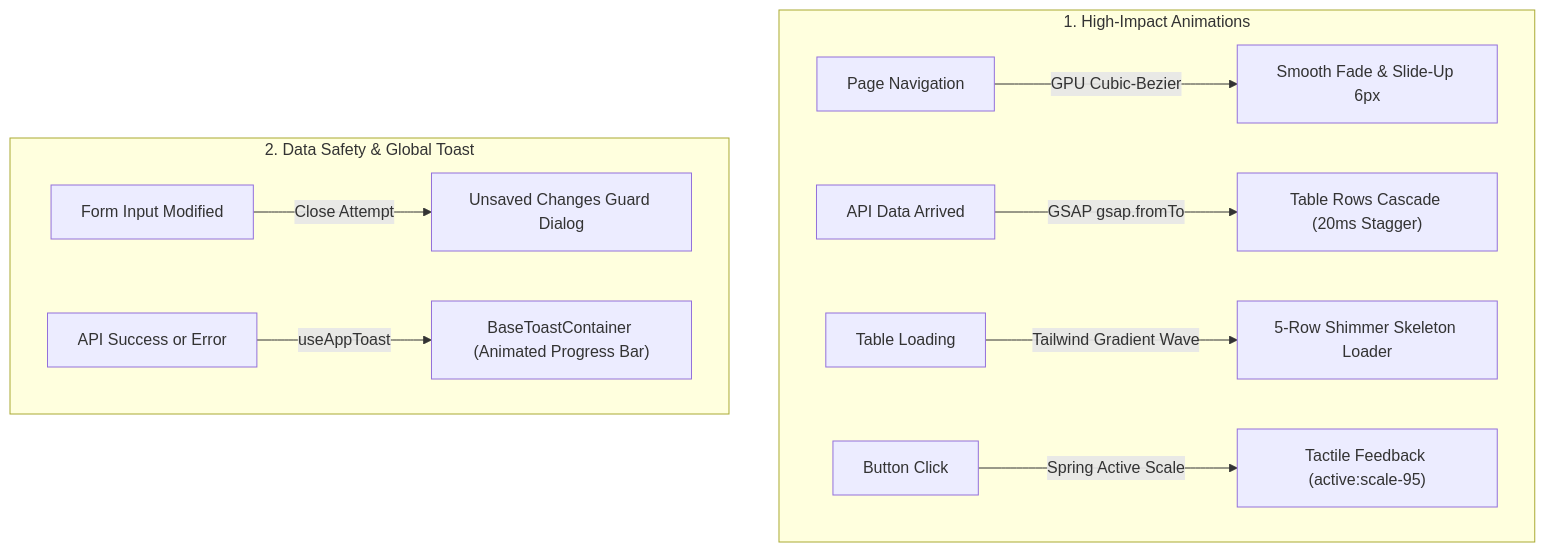
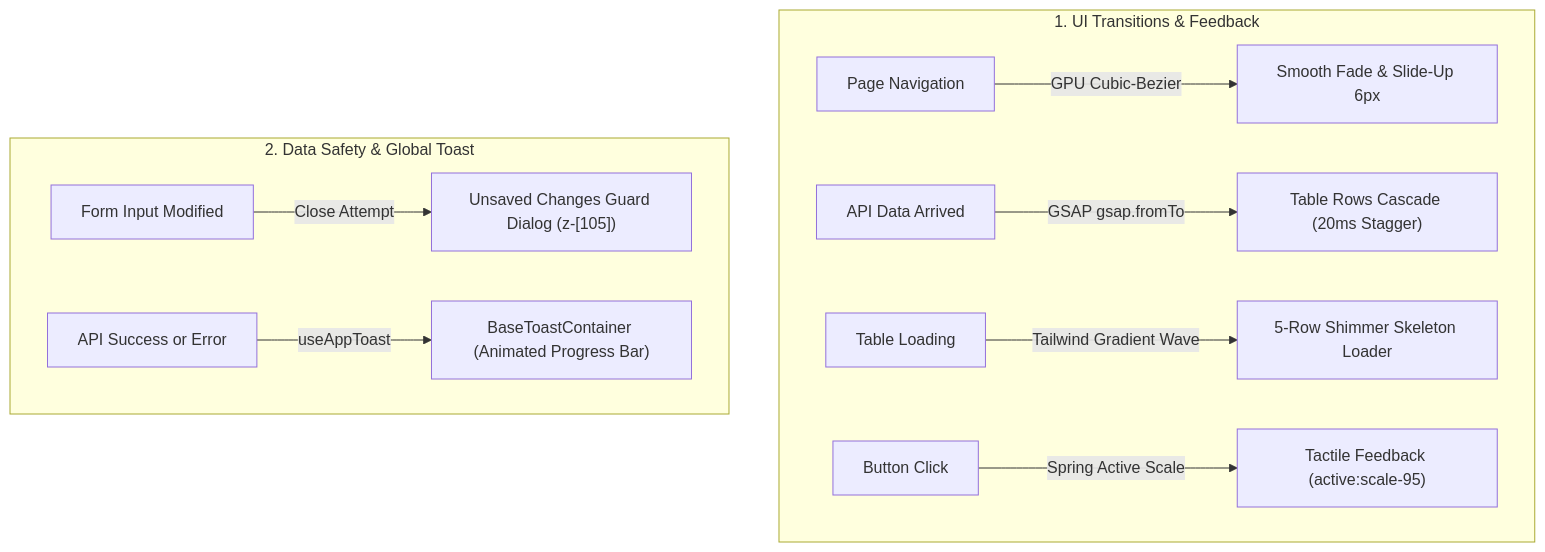
Before and after one commit to fernandoparhusip/tambora: the second of 4 diagrams in docs/Architecture.md, drawn with Mermaid. The commit also changed other lines of this file and 87 other files, not shown here.

````diff
--- a/docs/Architecture.md
+++ b/docs/Architecture.md
@@ -77,14 +78,14 @@
 ```mermaid
 flowchart TD
-    subgraph ANIM_SUITE["1. High-Impact Animations"]
+    subgraph ANIM_SUITE["1. UI Transitions & Feedback"]
         PAGES["Page Navigation"] -->|"GPU Cubic-Bezier"| PAGE_TRANS["Smooth Fade & Slide-Up 6px"]
         DATA_LOAD["API Data Arrived"] -->|"GSAP gsap.fromTo"| STAGGER["Table Rows Cascade (20ms Stagger)"]
         LOADING["Table Loading"] -->|"Tailwind Gradient Wave"| SKELETON["5-Row Shimmer Skeleton Loader"]
         CLICKS["Button Click"] -->|"Spring Active Scale"| TACTILE["Tactile Feedback (active:scale-95)"]
     end
 
     subgraph SAFETY_FEEDBACK["2. Data Safety & Global Toast"]
-        FORM_DIRTY["Form Input Modified"] -->|"Close Attempt"| GUARD["Unsaved Changes Guard Dialog"]
+        FORM_DIRTY["Form Input Modified"] -->|"Close Attempt"| GUARD["Unsaved Changes Guard Dialog (z-[105])"]
         CRUD_ACTION["API Success or Error"] -->|"useAppToast"| TOAST["BaseToastContainer (Animated Progress Bar)"]
     end
 ```
````
